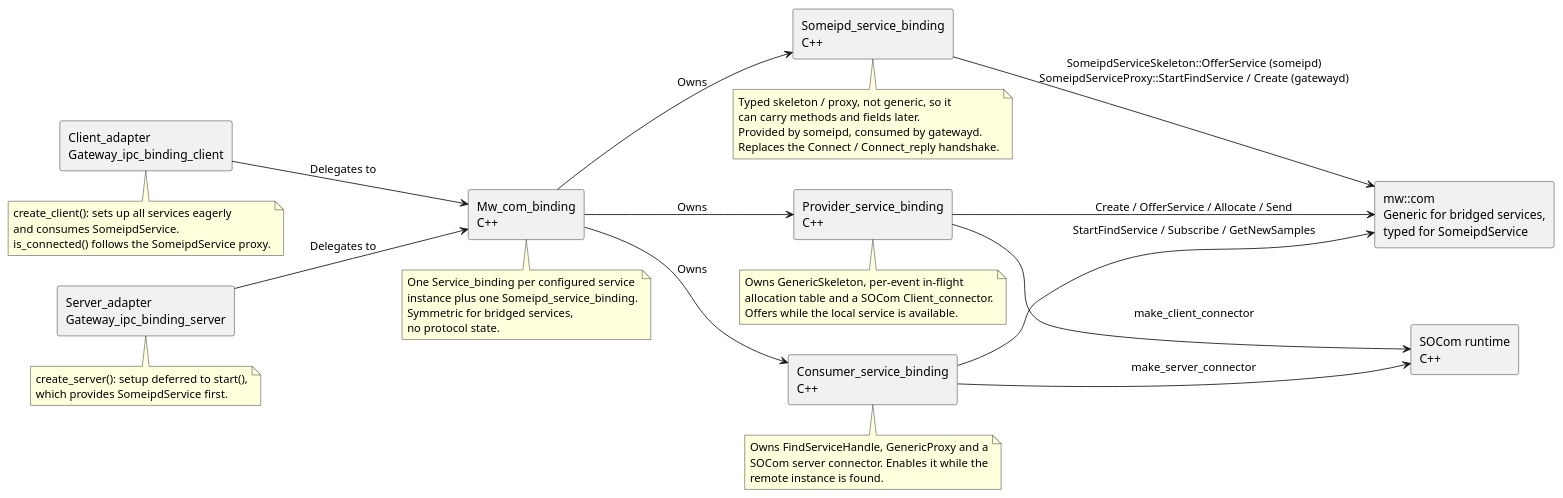
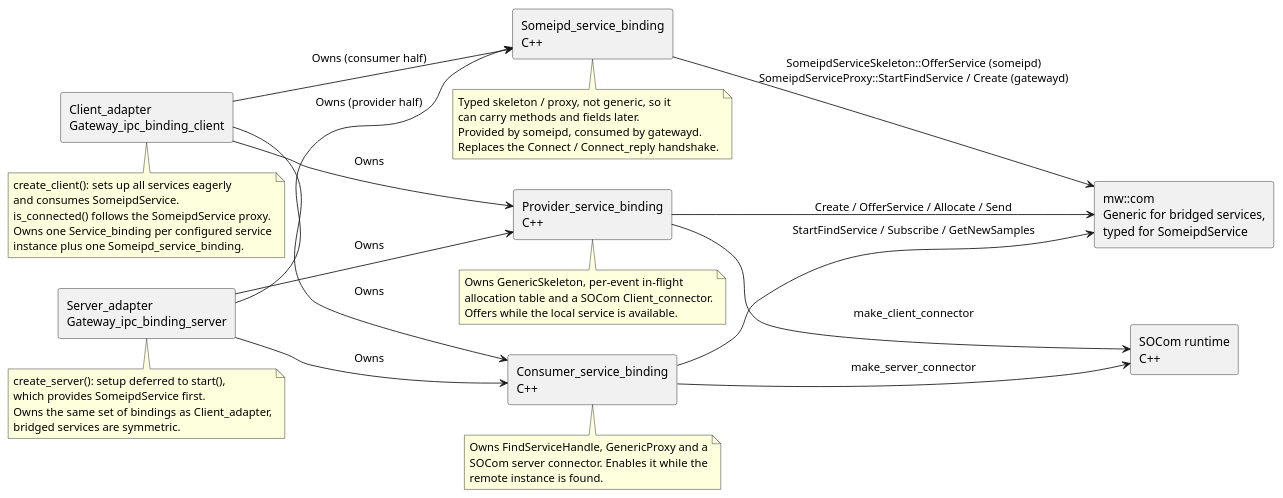
The diagram in score/gateway_ipc_binding/docs/models/component_diagram_gateway_ipc_binding_mw_com.puml (eclipse-score/inc_someip_gateway), drawn with PlantUML before and after one commit. The commit also changed 20 other files, not shown here.

```diff
--- a/score/gateway_ipc_binding/docs/models/component_diagram_gateway_ipc_binding_mw_com.puml
+++ b/score/gateway_ipc_binding/docs/models/component_diagram_gateway_ipc_binding_mw_com.puml
@@ -14,61 +14,58 @@
 @startuml
 left to right direction
 skinparam componentStyle rectangle
 
 component "Client_adapter\nGateway_ipc_binding_client" as client
 component "Server_adapter\nGateway_ipc_binding_server" as server
-component "Mw_com_binding\nC++" as binding
 component "Provider_service_binding\nC++" as provider
 component "Consumer_service_binding\nC++" as consumer
 component "Someipd_service_binding\nC++" as sdsvc
 component "SOCom runtime\nC++" as runtime
 component "mw::com\nGeneric for bridged services,\ntyped for SomeipdService" as mwcom
 
 note bottom of client
   create_client(): sets up all services eagerly
   and consumes SomeipdService.
   is_connected() follows the SomeipdService proxy.
+  Owns one Service_binding per configured service
+  instance plus one Someipd_service_binding.
 end note
 
 note bottom of server
   create_server(): setup deferred to start(),
   which provides SomeipdService first.
-end note
-
-note bottom of binding
-  One Service_binding per configured service
-  instance plus one Someipd_service_binding.
-  Symmetric for bridged services,
-  no protocol state.
+  Owns the same set of bindings as Client_adapter,
+  bridged services are symmetric.
 end note
 
 note bottom of sdsvc
   Typed skeleton / proxy, not generic, so it
   can carry methods and fields later.
   Provided by someipd, consumed by gatewayd.
   Replaces the Connect / Connect_reply handshake.
 end note
 
 note bottom of provider
   Owns GenericSkeleton, per-event in-flight
   allocation table and a SOCom Client_connector.
   Offers while the local service is available.
 end note
 
 note bottom of consumer
   Owns FindServiceHandle, GenericProxy and a
   SOCom server connector. Enables it while the
   remote instance is found.
 end note
 
-client --> binding : Delegates to
-server --> binding : Delegates to
-binding --> provider : Owns
-binding --> consumer : Owns
-binding --> sdsvc : Owns
+client --> provider : Owns
+client --> consumer : Owns
+client --> sdsvc : Owns (consumer half)
+server --> provider : Owns
+server --> consumer : Owns
+server --> sdsvc : Owns (provider half)
 provider --> runtime : make_client_connector
 consumer --> runtime : make_server_connector
 provider --> mwcom : Create / OfferService / Allocate / Send
 consumer --> mwcom : StartFindService / Subscribe / GetNewSamples
 sdsvc --> mwcom : SomeipdServiceSkeleton::OfferService (someipd)\nSomeipdServiceProxy::StartFindService / Create (gatewayd)
 @enduml
```
